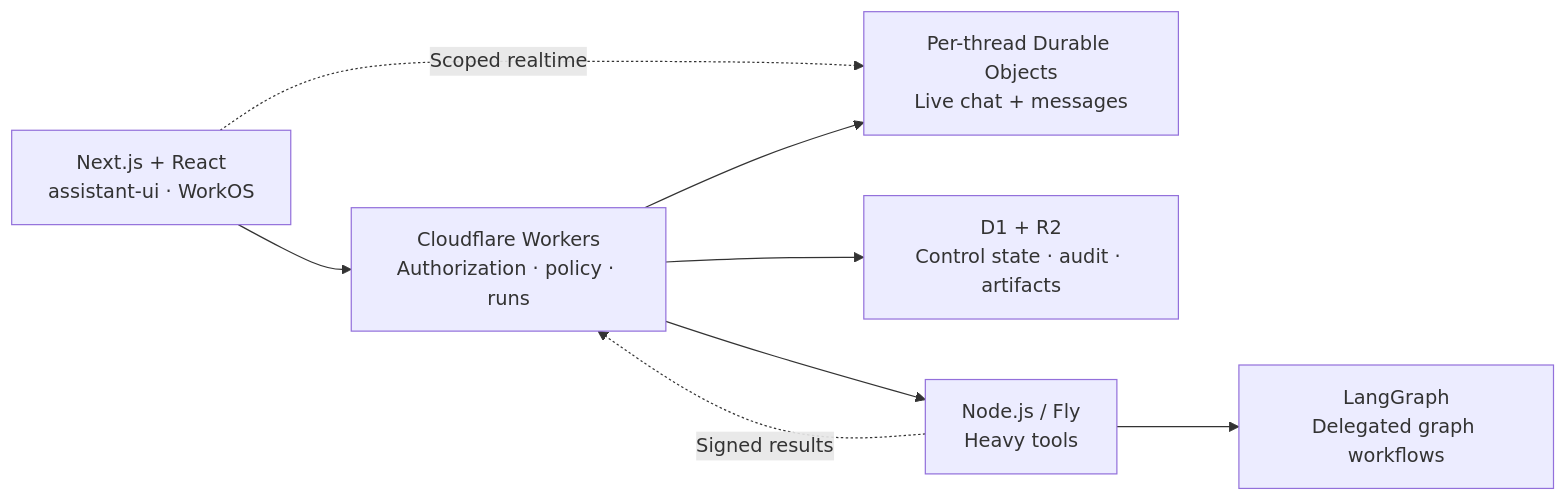
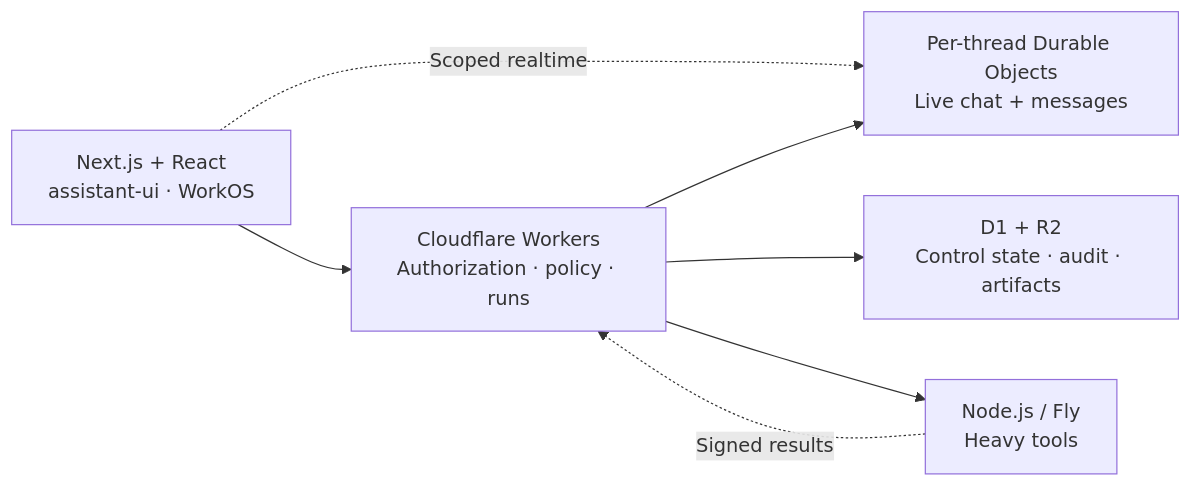
The diagram in README.md (dawi369/operloom), drawn with Mermaid before and after one commit. The commit also changed other lines of this file and 70 other files, not shown here.

Commit message:
refactor!: remove LangGraph and extract the signed tool runner

````diff
--- a/README.md
+++ b/README.md
@@ -22,10 +22,9 @@
 ```mermaid
 flowchart LR
     UI["Next.js + React\nassistant-ui · WorkOS"] --> Control["Cloudflare Workers\nAuthorization · policy · runs"]
     UI -. "Scoped realtime" .-> Chat["Per-thread Durable Objects\nLive chat + messages"]
     Control --> Chat
     Control --> Data["D1 + R2\nControl state · audit · artifacts"]
     Control --> Runner["Node.js / Fly\nHeavy tools"]
-    Runner --> Graph["LangGraph\nDelegated graph workflows"]
     Runner -. "Signed results" .-> Control
 ```
````
